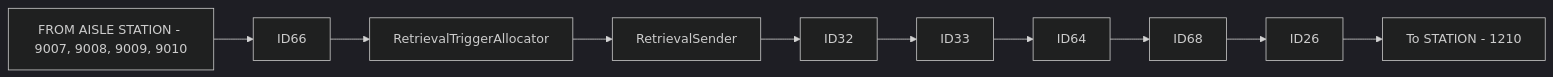
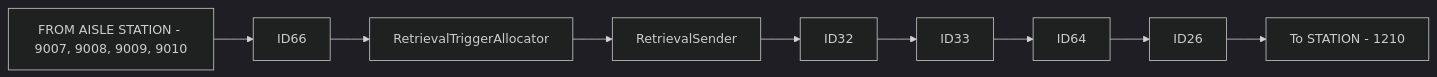
One commit to luthfiadityaa/SimeDarby-Wiki changed the first of 9 diagrams in Basic-Design/DFD-WMS/Retrieval/Stacked-Empty-Pallet.md. Above: the diagram before and after it, drawn with Mermaid (dark theme).

Commit message:
Updated Stacked Empty Pallet

```diff
--- a/Basic-Design/DFD-WMS/Retrieval/Stacked-Empty-Pallet.md
+++ b/Basic-Design/DFD-WMS/Retrieval/Stacked-Empty-Pallet.md
@@ -8,5 +8,5 @@
 ::: mermaid
 flowchart LR
   
-P1[FROM AISLE STATION - 9007, 9008, 9009, 9010]-->P2[ID66]-->P3[RetrievalTriggerAllocator]-->P4[RetrievalSender]-->P5[ID32]-->P6[ID33]-->P7[ID64]-->P8[ID68]-->P9[ID26]-->P10[To STATION - 1210] 
+P1[FROM AISLE STATION - 9007, 9008, 9009, 9010]-->P2[ID66]-->P3[RetrievalTriggerAllocator]-->P4[RetrievalSender]-->P5[ID32]-->P6[ID33]-->P7[ID64]-->P9[ID26]-->P10[To STATION - 1210] 
 :::
```
